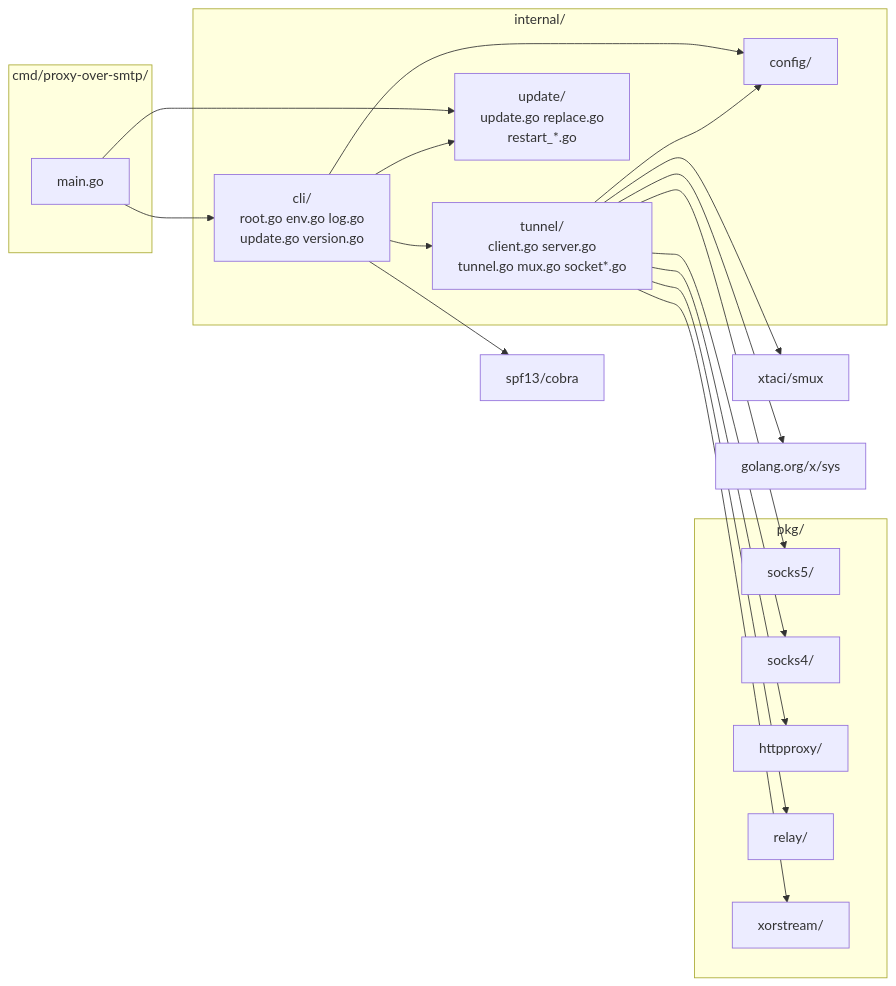
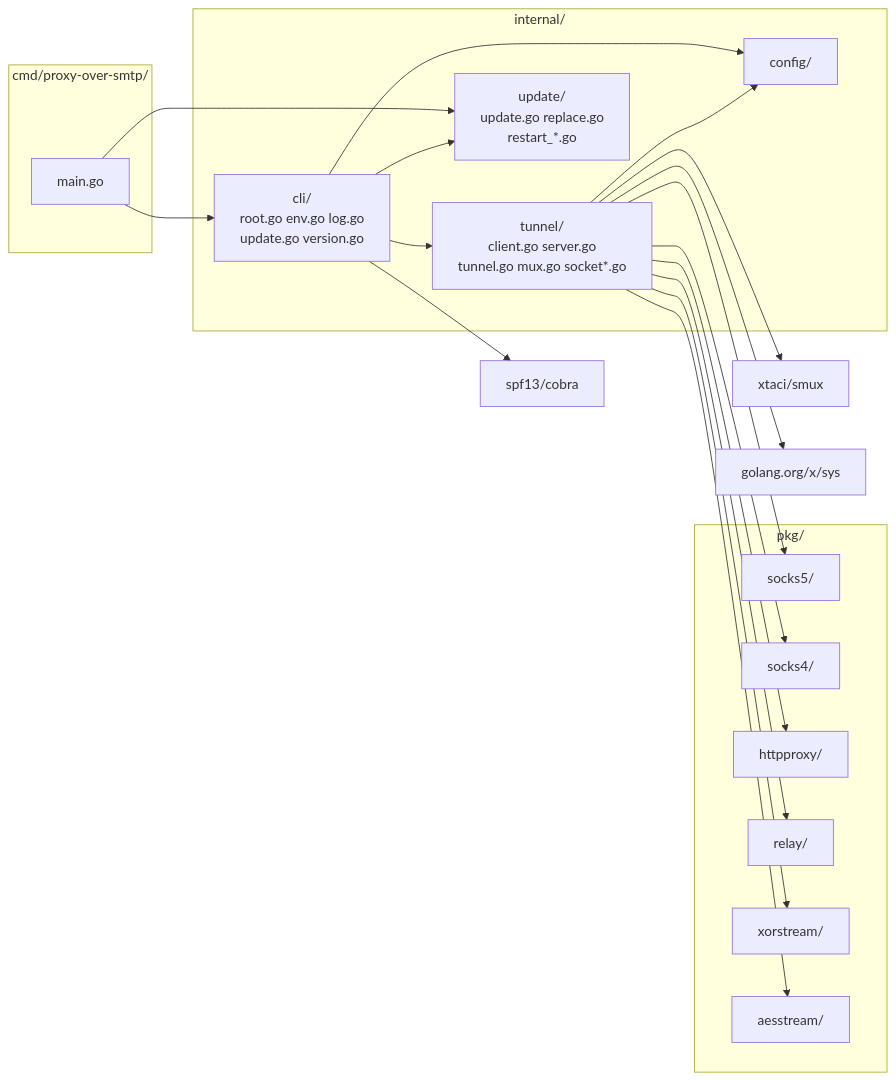
One commit to dimaskiddo/proxy-over-smtp changed the first of 2 diagrams in docs/ARCHITECTURE.md. Above: the diagram before and after it, drawn with Mermaid. The commit also changed other lines of this file and 26 other files, not shown here.

````diff
--- a/docs/ARCHITECTURE.md
+++ b/docs/ARCHITECTURE.md
@@ -9,40 +9,42 @@
 ```mermaid
 graph LR
     subgraph cmd["cmd/proxy-over-smtp/"]
         Main["main.go"]
     end
 
     subgraph internal["internal/"]
         Cli["cli/<br/>root.go env.go log.go<br/>update.go version.go"]
         Config["config/"]
         Tunnel["tunnel/<br/>client.go server.go<br/>tunnel.go mux.go socket*.go"]
         Update["update/<br/>update.go replace.go<br/>restart_*.go"]
     end
 
     subgraph pkg["pkg/"]
         Socks5["socks5/"]
         Socks4["socks4/"]
         HTTPProxy["httpproxy/"]
         Relay["relay/"]
         Xor["xorstream/"]
+        Aes["aesstream/"]
     end
 
     Smux["xtaci/smux"]
     Cobra["spf13/cobra"]
     Sys["golang.org/x/sys"]
 
     Main --> Cli
     Main --> Update
     Cli --> Update
     Cli --> Config
     Cli --> Tunnel
     Tunnel --> Config
     Tunnel --> Socks5
     Tunnel --> Socks4
     Tunnel --> HTTPProxy
     Tunnel --> Relay
     Tunnel --> Xor
+    Tunnel --> Aes
     Tunnel --> Smux
     Tunnel --> Sys
     Cli --> Cobra
 ```
````
